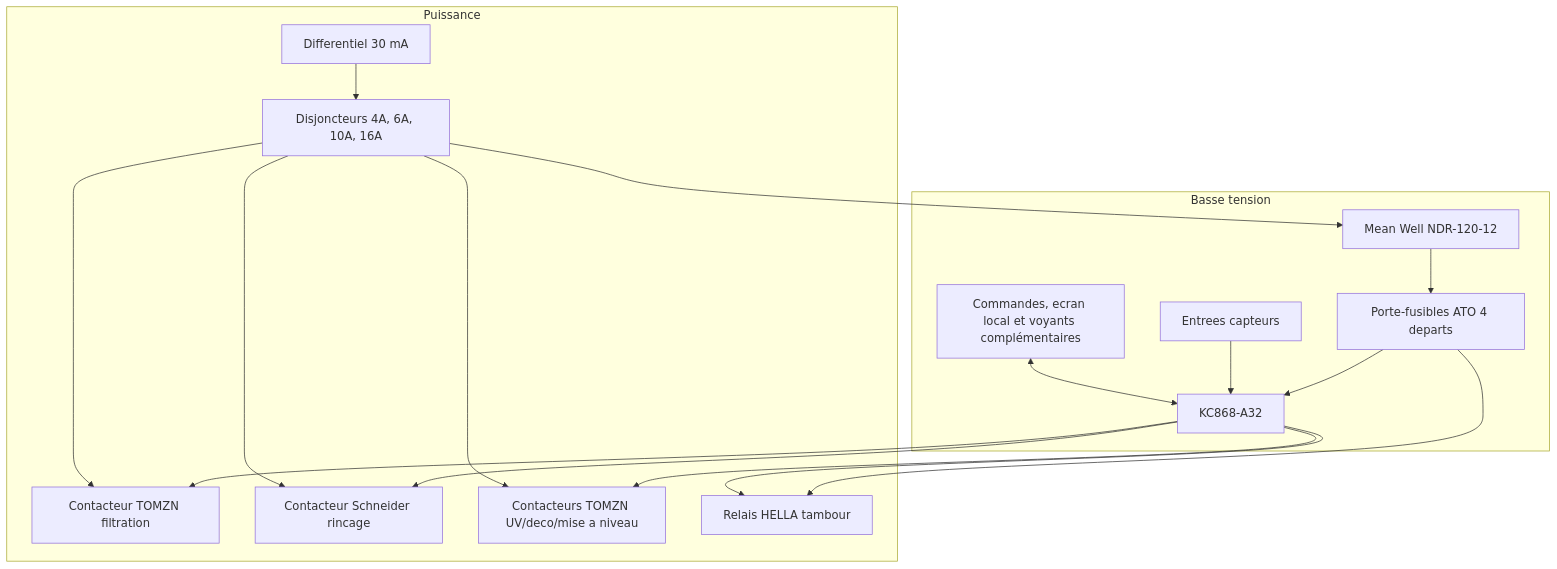
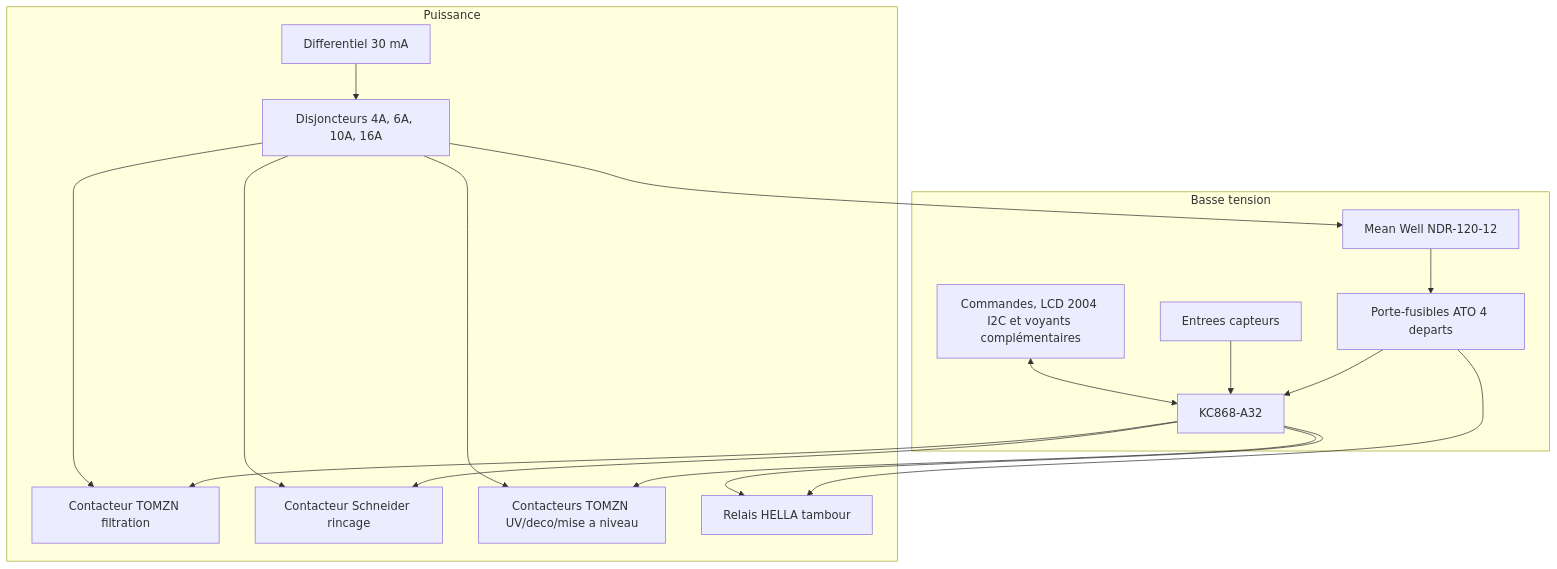
One commit to elbuey76/DrumFilterController changed the second of 2 diagrams in docs/architecture/02-architecture-materielle.md. Above: the diagram before and after it, drawn with Mermaid. The commit also changed other lines of this file and 16 other files, not shown here.

````diff
--- a/docs/architecture/02-architecture-materielle.md
+++ b/docs/architecture/02-architecture-materielle.md
@@ -147,34 +166,34 @@
 ```mermaid
 flowchart TB
     subgraph BT[Basse tension]
         Alim[Mean Well NDR-120-12]
         Fusibles[Porte-fusibles ATO 4 departs]
         MCU[KC868-A32]
         Inputs[Entrees capteurs]
-        UI[Commandes, ecran local et voyants complémentaires]
+        UI[Commandes, LCD 2004 I2C et voyants complémentaires]
     end
 
     subgraph P[Puissance]
         Diff[Differentiel 30 mA]
         DJ[Disjoncteurs 4A, 6A, 10A, 16A]
         KFiltration[Contacteur TOMZN filtration]
         KRincage[Contacteur Schneider rincage]
         KTOMZN[Contacteurs TOMZN UV/deco/mise a niveau]
         KTambour[Relais HELLA tambour]
     end
 
     Diff --> DJ
     DJ --> Alim
     Alim --> Fusibles
     Fusibles --> MCU
     Fusibles --> KTambour
     Inputs --> MCU
     UI <--> MCU
     MCU --> KFiltration
     MCU --> KRincage
     MCU --> KTOMZN
     MCU --> KTambour
     DJ --> KFiltration
     DJ --> KRincage
     DJ --> KTOMZN
 ```
````
